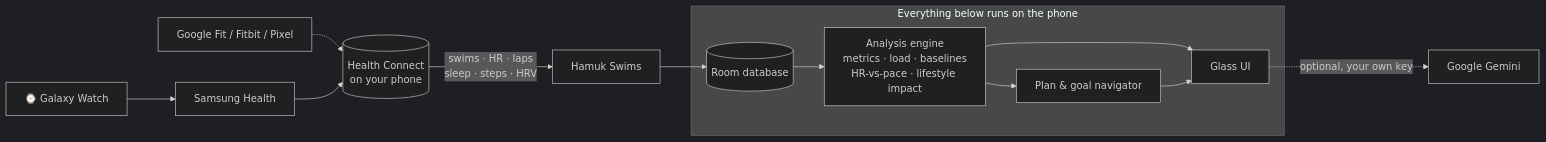
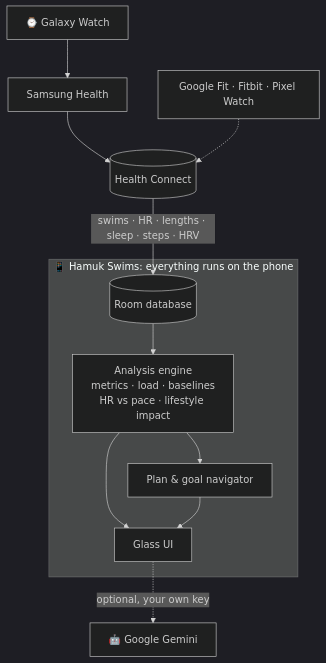
One commit to tharunjagadeesh/hamuk-swims changed the diagram in README.md. Above: the diagram before and after it, drawn with Mermaid (dark theme).

Commit message:
Make README architecture diagram readable (top-to-bottom layout)

````diff
--- a/README.md
+++ b/README.md
@@ -44,15 +44,14 @@
 ```mermaid
-flowchart LR
+flowchart TB
     W["⌚ Galaxy Watch"] --> SH["Samsung Health"]
-    GF["Google Fit / Fitbit / Pixel"] -.-> HC
-    SH --> HC[("Health Connect<br/>on your phone")]
-    HC -->|swims · HR · laps<br/>sleep · steps · HRV| APP["Hamuk Swims"]
-    subgraph APP_IN ["Everything below runs on the phone"]
-      DB[("Room database")] --> ENG["Analysis engine<br/>metrics · load · baselines<br/>HR-vs-pace · lifestyle impact"]
+    SH --> HC[("Health Connect")]
+    GF["Google Fit · Fitbit · Pixel Watch"] -.-> HC
+    HC -->|"swims · HR · lengths · sleep · steps · HRV"| DB
+    subgraph PHONE ["📱 Hamuk Swims: everything runs on the phone"]
+      DB[("Room database")] --> ENG["Analysis engine<br/>metrics · load · baselines<br/>HR vs pace · lifestyle impact"]
       ENG --> PLAN["Plan & goal navigator"]
       ENG --> UI["Glass UI"]
       PLAN --> UI
     end
-    APP --> DB
-    UI -. "optional, your own key" .-> GEM["Google Gemini"]
+    UI -. "optional, your own key" .-> GEM["🤖 Google Gemini"]
 ```
````
